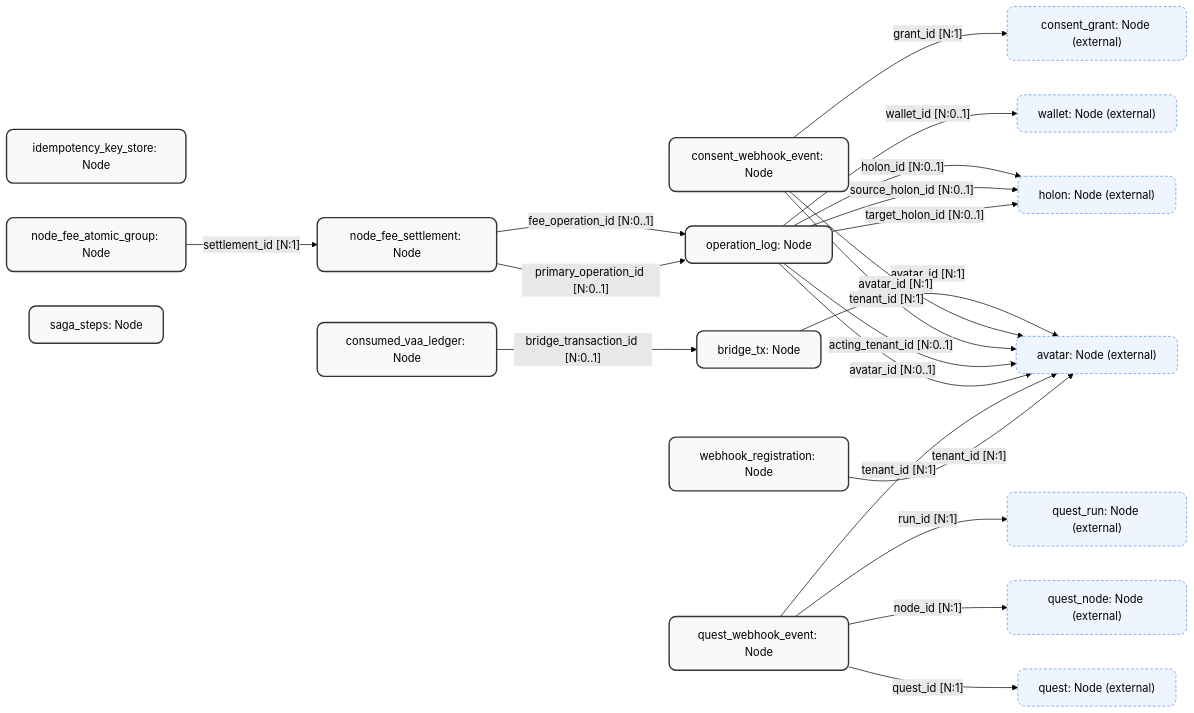
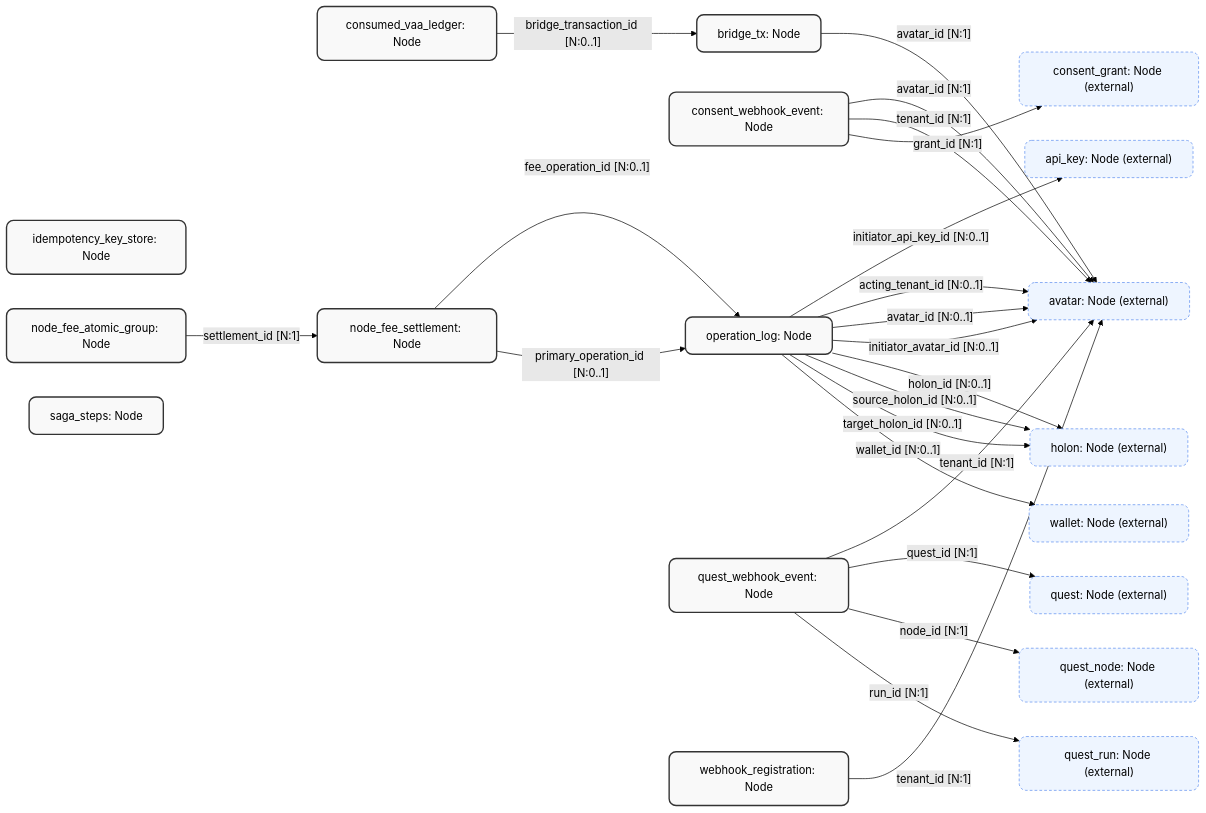
Before and after one commit to JadeZaher/azoa-autonomous-zones-of-action: the diagram in Persistence/SurrealDb/Generated/Flowcharts/bridge.flowchart.mermaid, drawn with Mermaid (forest theme). The commit also changed 94 other files, not shown here.

Commit message:
feat(azoa): harden value flows and test rails

```diff
--- a/Persistence/SurrealDb/Generated/Flowcharts/bridge.flowchart.mermaid
+++ b/Persistence/SurrealDb/Generated/Flowcharts/bridge.flowchart.mermaid
@@ -1,49 +1,52 @@
 graph LR
     %% Slice: bridge
     %% GENERATED FILE -- do not edit. Source: SurrealDB schema attribute scan.
     %% Regenerate with: dotnet run --project packages/SurrealForge.Schema -- flowcharts
 
     %% Nodes in this slice
     bridge_tx["bridge_tx: Node"]:::nodeClass
     consent_webhook_event["consent_webhook_event: Node"]:::nodeClass
     consumed_vaa_ledger["consumed_vaa_ledger: Node"]:::nodeClass
     idempotency_key_store["idempotency_key_store: Node"]:::nodeClass
     node_fee_atomic_group["node_fee_atomic_group: Node"]:::nodeClass
     node_fee_settlement["node_fee_settlement: Node"]:::nodeClass
     operation_log["operation_log: Node"]:::nodeClass
     quest_webhook_event["quest_webhook_event: Node"]:::nodeClass
     saga_steps["saga_steps: Node"]:::nodeClass
     webhook_registration["webhook_registration: Node"]:::nodeClass
 
     %% Cross-slice targets (rendered as ghost nodes)
+    api_key["api_key: Node (external)"]:::externalNode
     avatar["avatar: Node (external)"]:::externalNode
     consent_grant["consent_grant: Node (external)"]:::externalNode
     holon["holon: Node (external)"]:::externalNode
     quest["quest: Node (external)"]:::externalNode
     quest_node["quest_node: Node (external)"]:::externalNode
     quest_run["quest_run: Node (external)"]:::externalNode
     wallet["wallet: Node (external)"]:::externalNode
 
     %% Edges (outbound from this slice)
     bridge_tx -- "avatar_id [N:1]" --> avatar
     consent_webhook_event -- "avatar_id [N:1]" --> avatar
     consent_webhook_event -- "tenant_id [N:1]" --> avatar
     consent_webhook_event -- "grant_id [N:1]" --> consent_grant
     consumed_vaa_ledger -- "bridge_transaction_id [N:0..1]" --> bridge_tx
     node_fee_atomic_group -- "settlement_id [N:1]" --> node_fee_settlement
     node_fee_settlement -- "fee_operation_id [N:0..1]" --> operation_log
     node_fee_settlement -- "primary_operation_id [N:0..1]" --> operation_log
+    operation_log -- "initiator_api_key_id [N:0..1]" --> api_key
     operation_log -- "acting_tenant_id [N:0..1]" --> avatar
     operation_log -- "avatar_id [N:0..1]" --> avatar
+    operation_log -- "initiator_avatar_id [N:0..1]" --> avatar
     operation_log -- "holon_id [N:0..1]" --> holon
     operation_log -- "source_holon_id [N:0..1]" --> holon
     operation_log -- "target_holon_id [N:0..1]" --> holon
     operation_log -- "wallet_id [N:0..1]" --> wallet
     quest_webhook_event -- "tenant_id [N:1]" --> avatar
     quest_webhook_event -- "quest_id [N:1]" --> quest
     quest_webhook_event -- "node_id [N:1]" --> quest_node
     quest_webhook_event -- "run_id [N:1]" --> quest_run
     webhook_registration -- "tenant_id [N:1]" --> avatar
 
     classDef nodeClass fill:#f9f9f9,stroke:#333,stroke-width:2px,rx:10px,ry:10px;
     classDef externalNode fill:#eef5ff,stroke:#5b8def,stroke-width:1px,stroke-dasharray:4 3,rx:10px,ry:10px;
```
